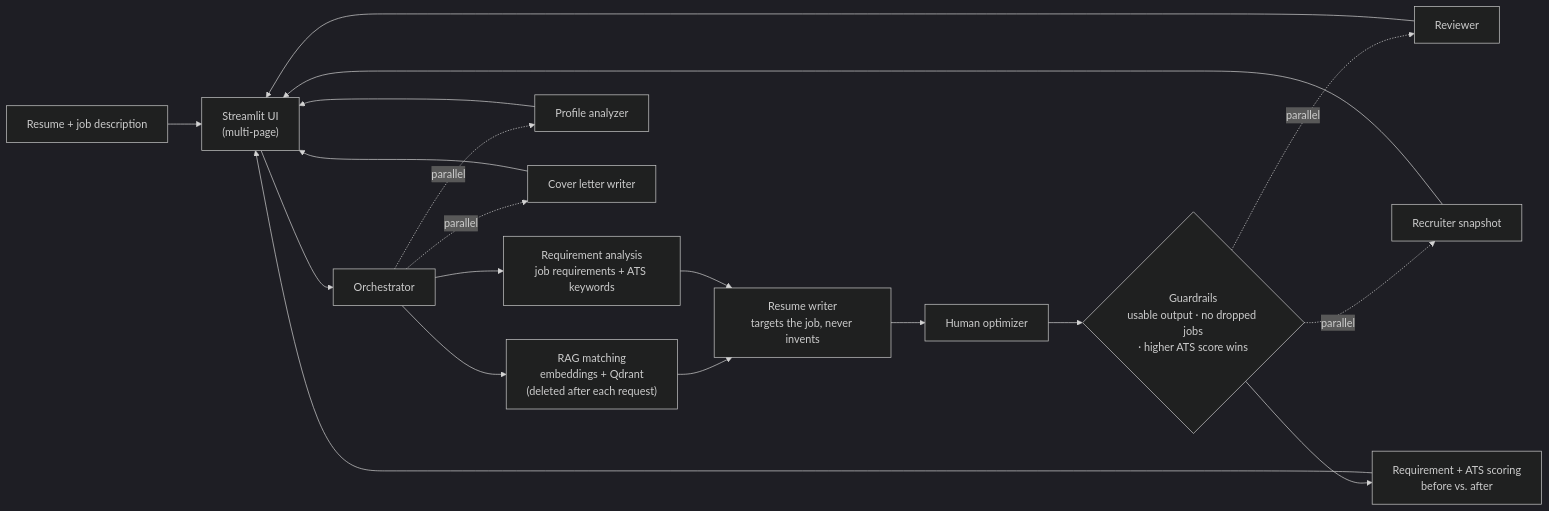
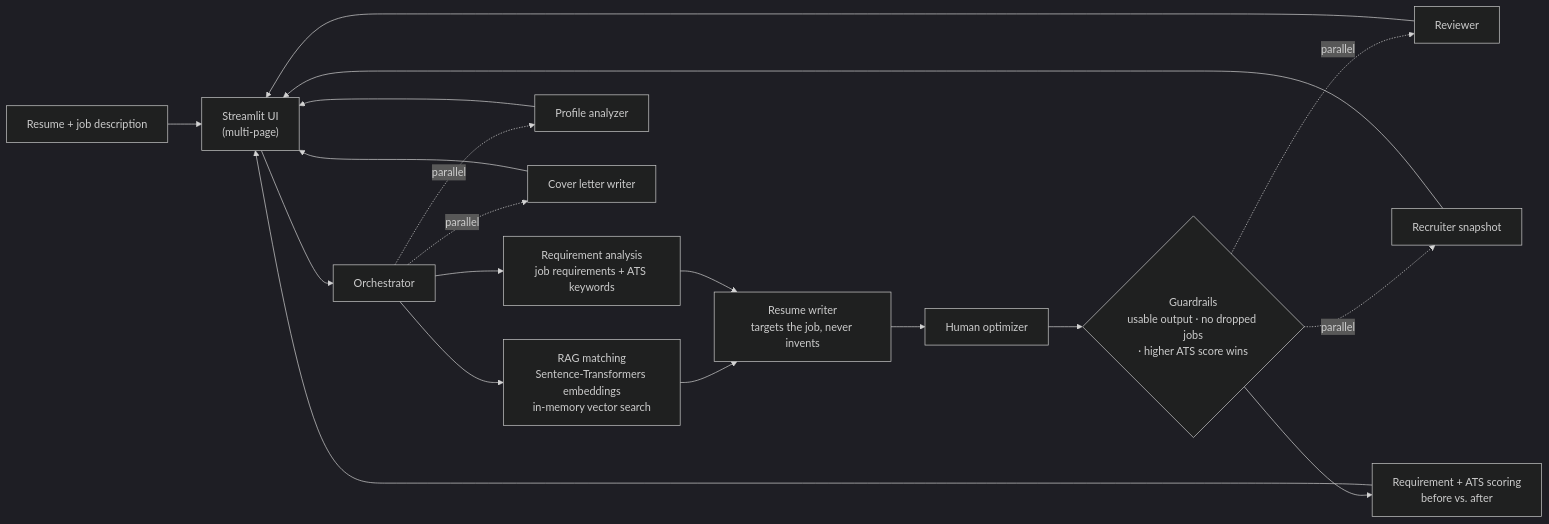
One commit to Madhav1025g/CareerLoom changed the diagram in README.md. Above: the diagram before and after it, drawn with Mermaid (dark theme). The commit also changed other lines of this file and 8 other files, not shown here.

First line of the commit message:
Replace Qdrant with in-memory vector search; never crash on startup

````diff
--- a/README.md
+++ b/README.md
@@ -39,21 +39,21 @@
 ```mermaid
 flowchart LR
     U["Resume + job description"] --> UI["Streamlit UI<br/>(multi-page)"]
     UI --> O["Orchestrator"]
-    O --> RAG["RAG matching<br/>embeddings + Qdrant<br/>(deleted after each request)"]
+    O --> RAG["RAG matching<br/>Sentence-Transformers embeddings<br/>in-memory vector search"]
     O --> ATS["Requirement analysis<br/>job requirements + ATS keywords"]
     O -. parallel .-> PA["Profile analyzer"]
     O -. parallel .-> CL["Cover letter writer"]
     RAG --> W["Resume writer<br/>targets the job, never invents"]
     ATS --> W
     W --> H["Human optimizer"]
     H --> G{"Guardrails<br/>usable output · no dropped jobs<br/>· higher ATS score wins"}
     G -. parallel .-> RV["Reviewer"]
     G -. parallel .-> SN["Recruiter snapshot"]
     G --> SC["Requirement + ATS scoring<br/>before vs. after"]
     RV --> UI
     SN --> UI
     SC --> UI
     PA --> UI
     CL --> UI
 ```
````
